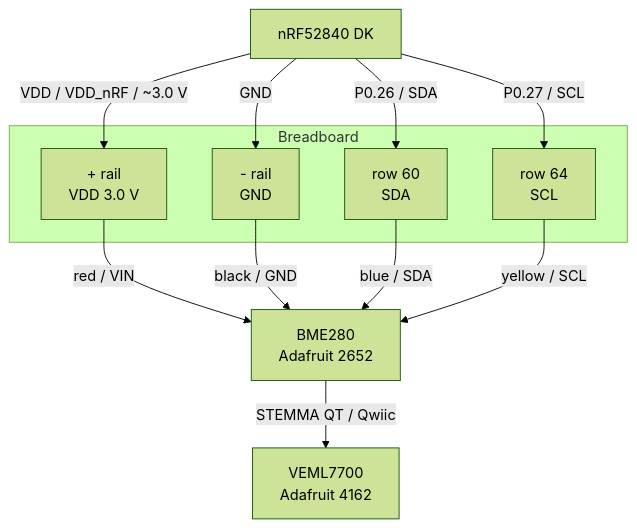
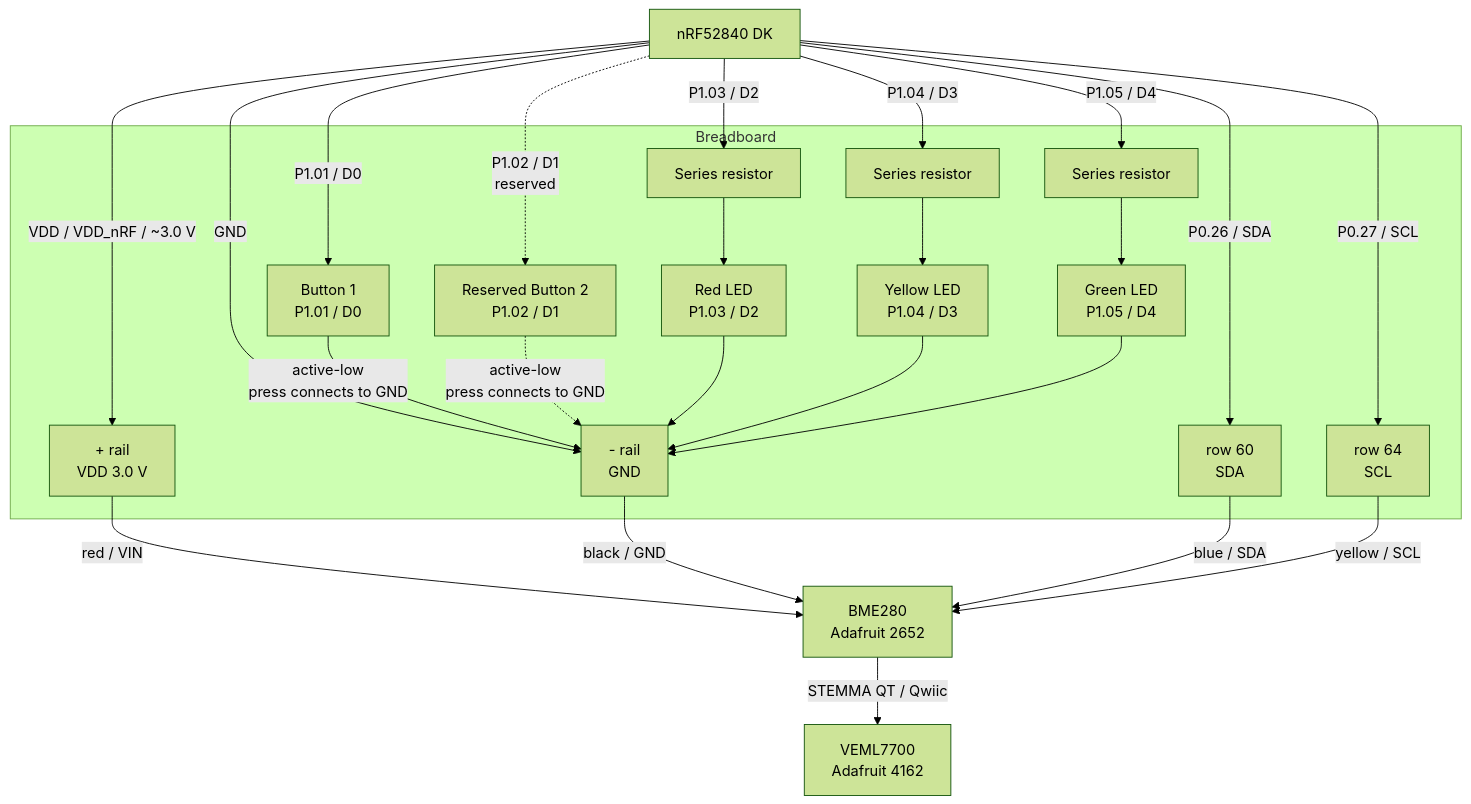
The diagram in README.md (notallthere404/sap), drawn with Mermaid (forest theme) before and after one commit. The commit also changed other lines of this file and 13 other files, not shown here.

````diff
--- a/README.md
+++ b/README.md
@@ -14,26 +35,55 @@
 ```mermaid
 flowchart TD
-DK[nRF52840 DK]
+    DK[nRF52840 DK]
 
     subgraph BB[Breadboard]
         PWR["+ rail<br/>VDD 3.0 V"]
         GND["- rail<br/>GND"]
         SDA["row 60<br/>SDA"]
         SCL["row 64<br/>SCL"]
+
+        BTN1["Button 1<br/>P1.01 / D0"]
+        BTN2["Reserved Button 2<br/>P1.02 / D1"]
+
+        RLED["Red LED<br/>P1.03 / D2"]
+        YLED["Yellow LED<br/>P1.04 / D3"]
+        GLED["Green LED<br/>P1.05 / D4"]
+
+        RR["Series resistor"]
+        YR["Series resistor"]
+        GR["Series resistor"]
     end
 
     BME[BME280<br/>Adafruit 2652]
     VEML[VEML7700<br/>Adafruit 4162]
 
     DK -- "VDD / VDD_nRF / ~3.0 V" --> PWR
     DK -- "GND" --> GND
     DK -- "P0.26 / SDA" --> SDA
     DK -- "P0.27 / SCL" --> SCL
 
     PWR -- "red / VIN" --> BME
     GND -- "black / GND" --> BME
     SDA -- "blue / SDA" --> BME
     SCL -- "yellow / SCL" --> BME
 
     BME -- "STEMMA QT / Qwiic" --> VEML
+
+    DK -- "P1.01 / D0" --> BTN1
+    BTN1 -- "active-low<br/>press connects to GND" --> GND
+
+    DK -. "P1.02 / D1<br/>reserved" .-> BTN2
+    BTN2 -. "active-low<br/>press connects to GND" .-> GND
+
+    DK -- "P1.03 / D2" --> RR
+    RR --> RLED
+    RLED --> GND
+
+    DK -- "P1.04 / D3" --> YR
+    YR --> YLED
+    YLED --> GND
+
+    DK -- "P1.05 / D4" --> GR
+    GR --> GLED
+    GLED --> GND
 ```
````
